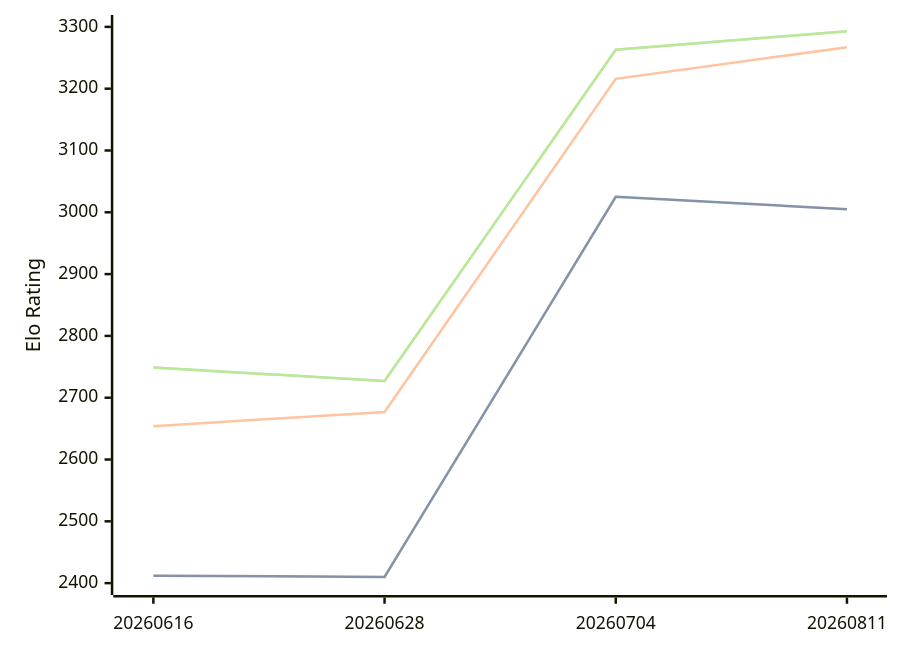
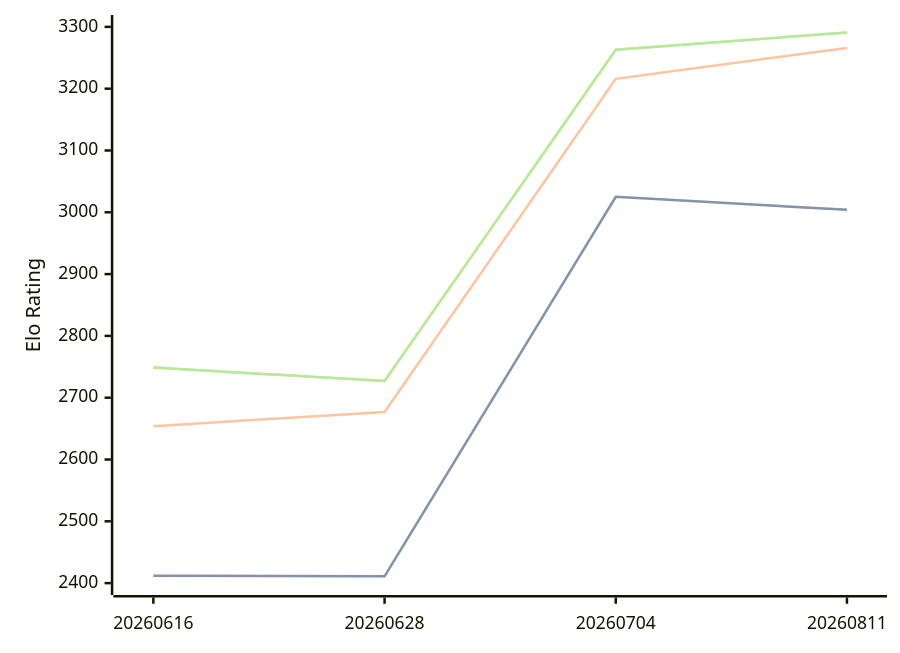
The diagram in engines/Askaig.md (computer-chess-index/cci), drawn with Mermaid before and after one commit. The commit also changed other lines of this file, not shown here.

Commit message:
Update CCI Ratings (ELO VLTC) - 2026-09-25

````diff
--- a/engines/Askaig.md
+++ b/engines/Askaig.md
@@ -36,11 +36,11 @@
 ```mermaid
 %%{init: {"theme":"base","themeVariables":{"seriesColors:['#a3a3a3','#222221','#faa371']}}}%%
 xychart-beta
   x-axis ["20260616", "20260628", "20260704", "20260811"]
   y-axis "Elo Rating" 2400 --> 3300
-  line "" [2412, 2410, 3025, 3005]
-  line "STC (8.0+0.08s)" [2412, 2410, 3025, 3005]
-  line "LTC (60.0+0.60s)" [2654, 2677, 3216, 3267]
-  line "" [2749, 2727, 3263, 3293]
-  line "VLTC (2m24s+1.12s)" [2749, 2727, 3263, 3293]
+  line "" [2412, 2411, 3025, 3004]
+  line "STC (8.0+0.08s)" [2412, 2411, 3025, 3004]
+  line "LTC (60.0+0.60s)" [2654, 2677, 3216, 3266]
+  line "" [2749, 2727, 3263, 3291]
+  line "VLTC (2m24s+1.12s)" [2749, 2727, 3263, 3291]
 ```
````
